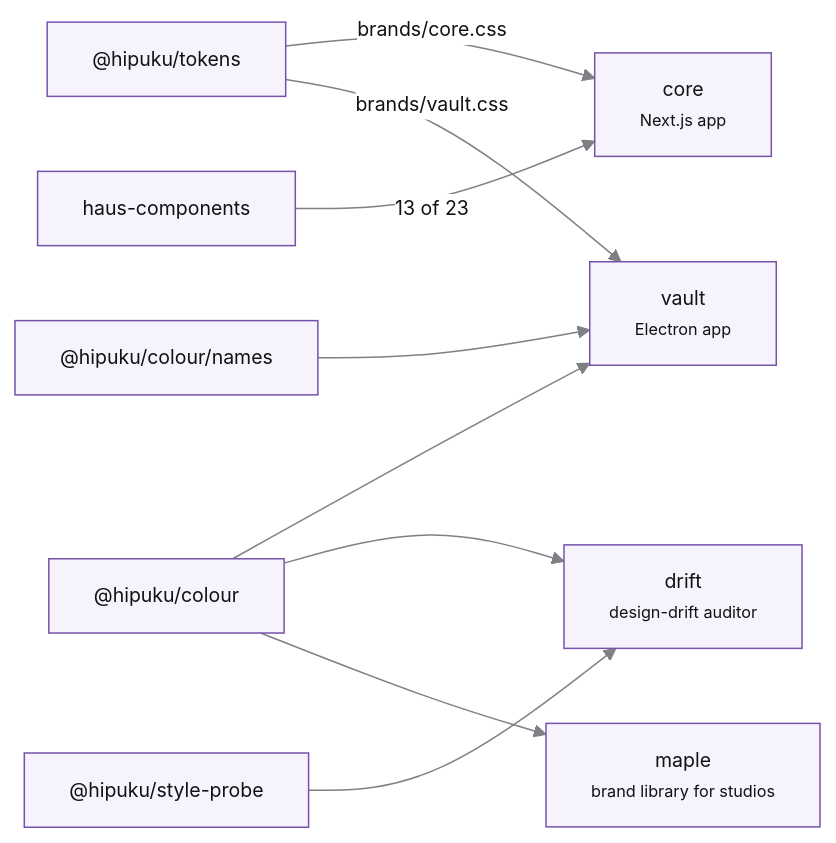
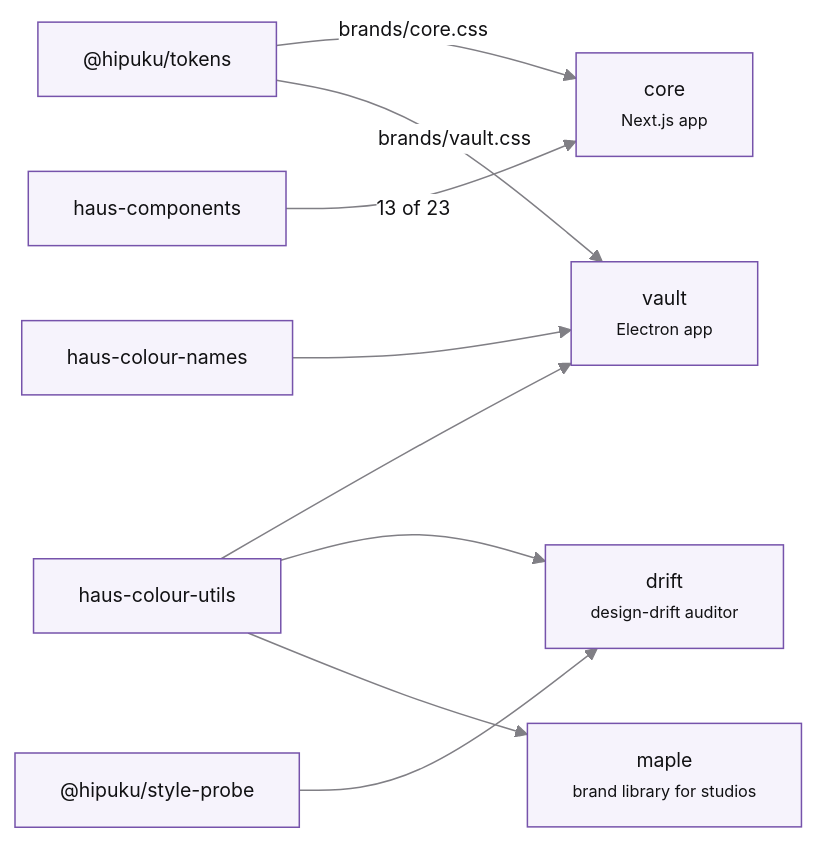
Before and after one commit to hipuku/haus: the second of 4 diagrams in ARCHITECTURE.md, drawn with Mermaid. The commit also changed other lines of this file and 2 other files, not shown here.

First line of the commit message:
docs: one component count, and a diagram that matches its table

````diff
--- a/ARCHITECTURE.md
+++ b/ARCHITECTURE.md
@@ -83,23 +83,23 @@
 ```mermaid
 %%{init: {'theme':'base','themeVariables':{'primaryColor':'#f6f3fc','primaryBorderColor':'#7653ab','primaryTextColor':'#111113','lineColor':'#807f85','secondaryColor':'#f5f4f9','tertiaryColor':'#ffffff','fontFamily':'Manrope, ui-sans-serif, system-ui','fontSize':'13px','clusterBkg':'#fcfbfe','clusterBorder':'#e7e7ed','titleColor':'#442a68','edgeLabelBackground':'#ffffff'},'themeCSS':'background-color:#ffffff;border-radius:8px;'}}%%
 flowchart LR
     T["@hipuku/tokens"]
     C["haus-components"]
-    U["@hipuku/colour"]
-    N["@hipuku/colour/names"]
+    U["haus-colour-utils"]
+    N["haus-colour-names"]
     P["@hipuku/style-probe"]
 
     CORE["core<br/><small>Next.js app</small>"]
     VAULT["vault<br/><small>Electron app</small>"]
     DRIFT["drift<br/><small>design-drift auditor</small>"]
     MAPLE["maple<br/><small>brand library for studios</small>"]
 
     T -- "brands/core.css" --> CORE
     C -- "13 of 23" --> CORE
     T -- "brands/vault.css" --> VAULT
     U --> VAULT
     N --> VAULT
     U --> DRIFT
     P --> DRIFT
     U --> MAPLE
 ```
````
